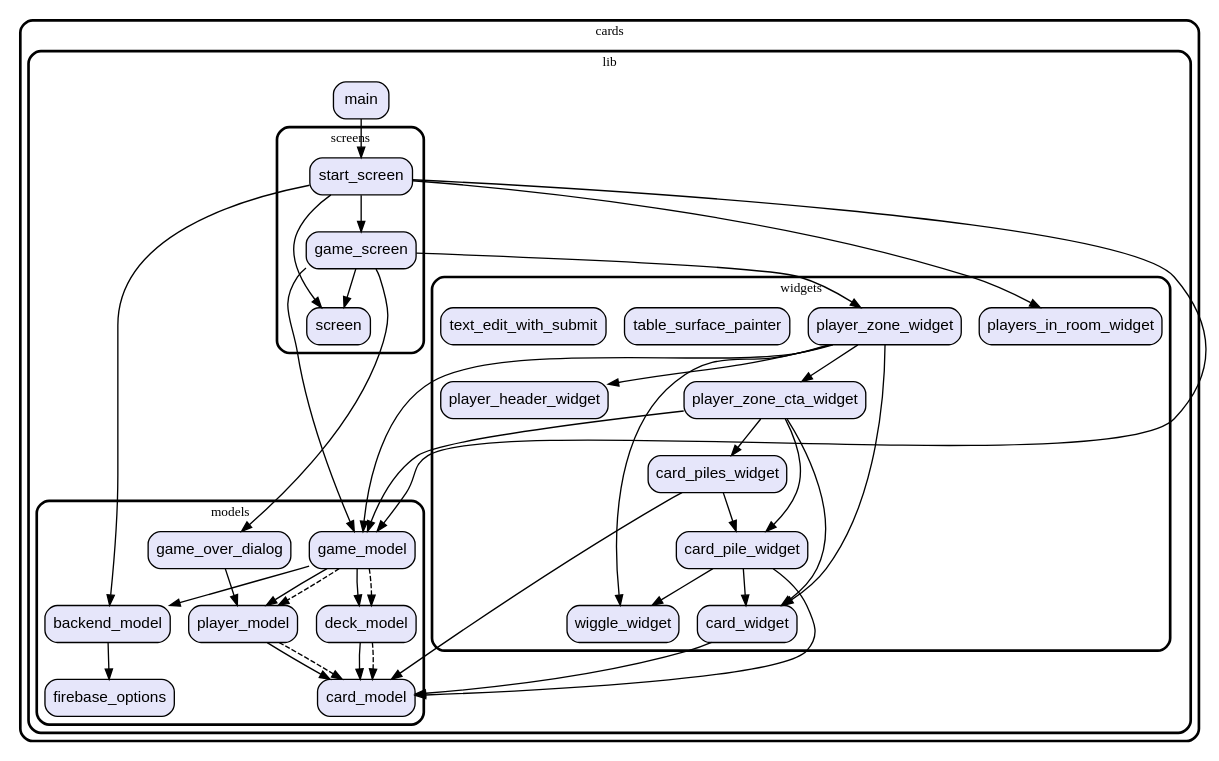
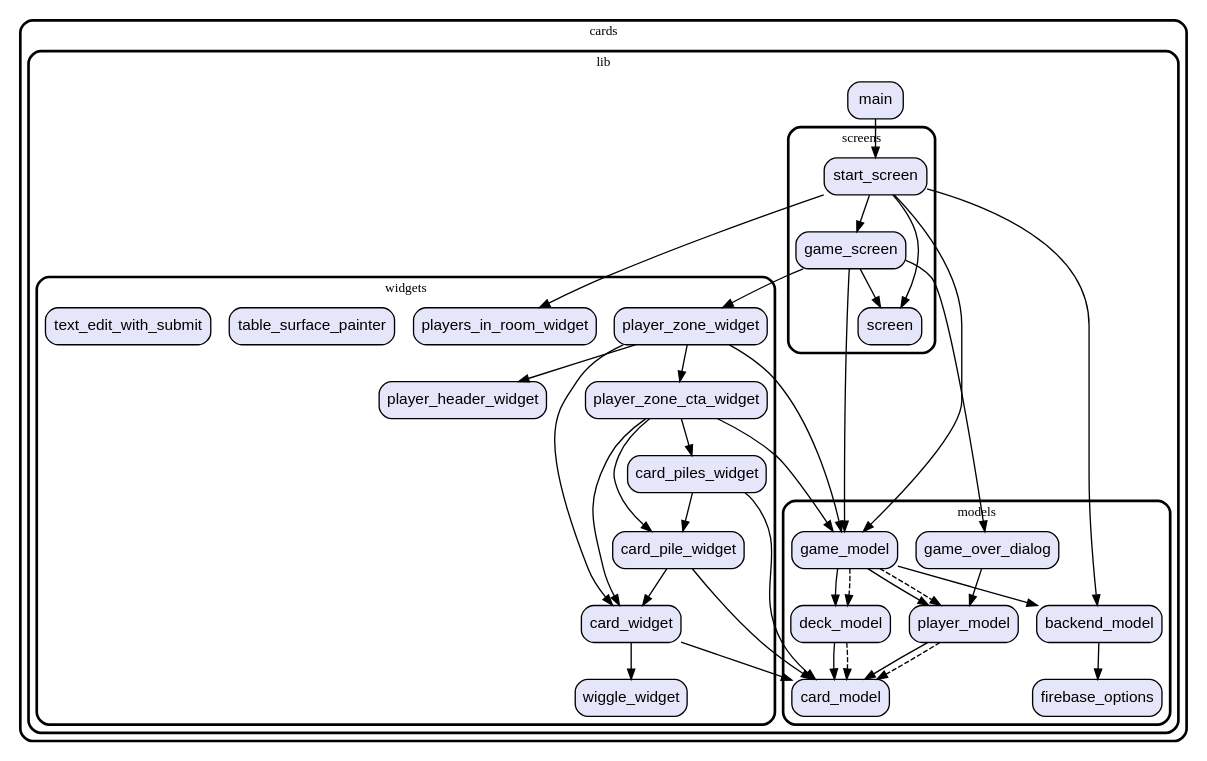
Before and after one commit to vteam-com/Cards: the diagram in graph.dot, drawn with Graphviz. The commit also changed 6 other files, not shown here.

```diff
--- a/graph.dot
+++ b/graph.dot
@@ -1,98 +1,97 @@
 digraph "" {
   graph [style=rounded fontname="Arial Black" fontsize=13 penwidth=2.6];
   node [shape=rect style="filled,rounded" fontname=Arial fontsize=15 fillcolor=Lavender penwidth=1.3];
   edge [penwidth=1.3];
   "/lib/main.dart" [label="main"];
   "/lib/models/backend_model.dart" [label="backend_model"];
   "/lib/models/card_model.dart" [label="card_model"];
   "/lib/models/deck_model.dart" [label="deck_model"];
   "/lib/models/firebase_options.dart" [label="firebase_options"];
   "/lib/models/game_model.dart" [label="game_model"];
   "/lib/models/game_over_dialog.dart" [label="game_over_dialog"];
   "/lib/models/player_model.dart" [label="player_model"];
   "/lib/screens/game_screen.dart" [label="game_screen"];
   "/lib/screens/screen.dart" [label="screen"];
   "/lib/screens/start_screen.dart" [label="start_screen"];
   "/lib/widgets/card_piles_widget.dart" [label="card_piles_widget"];
   "/lib/widgets/card_pile_widget.dart" [label="card_pile_widget"];
   "/lib/widgets/card_widget.dart" [label="card_widget"];
   "/lib/widgets/players_in_room_widget.dart" [label="players_in_room_widget"];
   "/lib/widgets/player_header_widget.dart" [label="player_header_widget"];
   "/lib/widgets/player_zone_cta_widget.dart" [label="player_zone_cta_widget"];
   "/lib/widgets/player_zone_widget.dart" [label="player_zone_widget"];
   "/lib/widgets/table_surface_painter.dart" [label="table_surface_painter"];
   "/lib/widgets/text_edit_with_submit.dart" [label="text_edit_with_submit"];
   "/lib/widgets/wiggle_widget.dart" [label="wiggle_widget"];
   subgraph "cluster~" {
     label="cards";
     subgraph "cluster~/lib" {
       label="lib";
       "/lib/main.dart";
       subgraph "cluster~/lib/models" {
         label="models";
         "/lib/models/backend_model.dart";
         "/lib/models/card_model.dart";
         "/lib/models/deck_model.dart";
         "/lib/models/firebase_options.dart";
         "/lib/models/game_model.dart";
         "/lib/models/game_over_dialog.dart";
         "/lib/models/player_model.dart";
       }
       subgraph "cluster~/lib/screens" {
         label="screens";
         "/lib/screens/game_screen.dart";
         "/lib/screens/screen.dart";
         "/lib/screens/start_screen.dart";
       }
       subgraph "cluster~/lib/widgets" {
         label="widgets";
         "/lib/widgets/card_piles_widget.dart";
         "/lib/widgets/card_pile_widget.dart";
         "/lib/widgets/card_widget.dart";
         "/lib/widgets/players_in_room_widget.dart";
         "/lib/widgets/player_header_widget.dart";
         "/lib/widgets/player_zone_cta_widget.dart";
         "/lib/widgets/player_zone_widget.dart";
         "/lib/widgets/table_surface_painter.dart";
         "/lib/widgets/text_edit_with_submit.dart";
         "/lib/widgets/wiggle_widget.dart";
       }
     }
   }
   "/lib/main.dart" -> "/lib/screens/start_screen.dart";
   "/lib/models/backend_model.dart" -> "/lib/models/firebase_options.dart";
   "/lib/models/deck_model.dart" -> "/lib/models/card_model.dart";
   "/lib/models/deck_model.dart" -> "/lib/models/card_model.dart" [style=dashed];
   "/lib/models/game_model.dart" -> "/lib/models/backend_model.dart";
   "/lib/models/game_model.dart" -> "/lib/models/deck_model.dart";
   "/lib/models/game_model.dart" -> "/lib/models/player_model.dart";
   "/lib/models/game_model.dart" -> "/lib/models/deck_model.dart" [style=dashed];
   "/lib/models/game_model.dart" -> "/lib/models/player_model.dart" [style=dashed];
   "/lib/models/game_over_dialog.dart" -> "/lib/models/player_model.dart";
   "/lib/models/player_model.dart" -> "/lib/models/card_model.dart";
   "/lib/models/player_model.dart" -> "/lib/models/card_model.dart" [style=dashed];
   "/lib/screens/game_screen.dart" -> "/lib/models/game_model.dart";
   "/lib/screens/game_screen.dart" -> "/lib/models/game_over_dialog.dart";
   "/lib/screens/game_screen.dart" -> "/lib/screens/screen.dart";
   "/lib/screens/game_screen.dart" -> "/lib/widgets/player_zone_widget.dart";
   "/lib/screens/start_screen.dart" -> "/lib/models/backend_model.dart";
   "/lib/screens/start_screen.dart" -> "/lib/models/game_model.dart";
   "/lib/screens/start_screen.dart" -> "/lib/screens/game_screen.dart";
   "/lib/screens/start_screen.dart" -> "/lib/screens/screen.dart";
   "/lib/screens/start_screen.dart" -> "/lib/widgets/players_in_room_widget.dart";
   "/lib/widgets/card_piles_widget.dart" -> "/lib/models/card_model.dart";
   "/lib/widgets/card_piles_widget.dart" -> "/lib/widgets/card_pile_widget.dart";
   "/lib/widgets/card_pile_widget.dart" -> "/lib/models/card_model.dart";
   "/lib/widgets/card_pile_widget.dart" -> "/lib/widgets/card_widget.dart";
-  "/lib/widgets/card_pile_widget.dart" -> "/lib/widgets/wiggle_widget.dart";
   "/lib/widgets/card_widget.dart" -> "/lib/models/card_model.dart";
+  "/lib/widgets/card_widget.dart" -> "/lib/widgets/wiggle_widget.dart";
   "/lib/widgets/player_zone_cta_widget.dart" -> "/lib/models/game_model.dart";
   "/lib/widgets/player_zone_cta_widget.dart" -> "/lib/widgets/card_pile_widget.dart";
   "/lib/widgets/player_zone_cta_widget.dart" -> "/lib/widgets/card_piles_widget.dart";
   "/lib/widgets/player_zone_cta_widget.dart" -> "/lib/widgets/card_widget.dart";
   "/lib/widgets/player_zone_widget.dart" -> "/lib/models/game_model.dart";
   "/lib/widgets/player_zone_widget.dart" -> "/lib/widgets/card_widget.dart";
   "/lib/widgets/player_zone_widget.dart" -> "/lib/widgets/player_header_widget.dart";
   "/lib/widgets/player_zone_widget.dart" -> "/lib/widgets/player_zone_cta_widget.dart";
-  "/lib/widgets/player_zone_widget.dart" -> "/lib/widgets/wiggle_widget.dart";
 }
```
